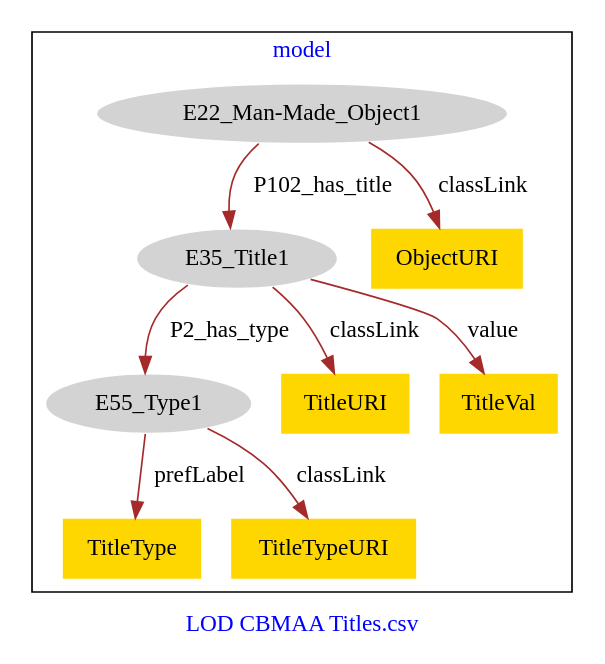
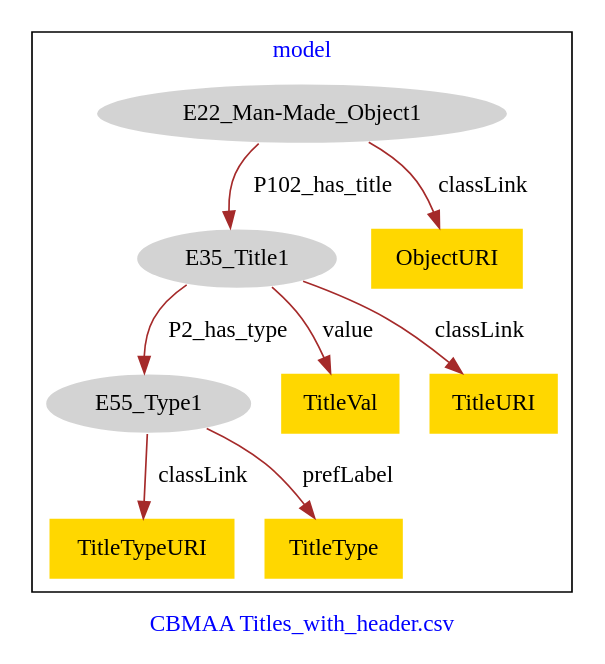
Before and after one commit to american-art/cbm: the diagram in CBMAA_OtherTitles/CBMAA_OtherTitles-model.dot, drawn with Graphviz.

Commit message:
Update file CBMAA_OtherTitles-model.dot

```diff
--- a/CBMAA_OtherTitles/CBMAA_OtherTitles-model.dot
+++ b/CBMAA_OtherTitles/CBMAA_OtherTitles-model.dot
@@ -1,23 +1,23 @@
 digraph n0 {
 fontcolor="blue"
 remincross="true"
-label="LOD CBMAA Titles.csv"
+label="CBMAA Titles_with_header.csv"
 subgraph cluster {
 label="model"
 n2[style="filled",color="white",fillcolor="lightgray",label="E22_Man-Made_Object1"];
 n3[style="filled",color="white",fillcolor="lightgray",label="E35_Title1"];
 n4[style="filled",color="white",fillcolor="lightgray",label="E55_Type1"];
-n5[shape="plaintext",style="filled",fillcolor="gold",label="TitleType"];
-n6[shape="plaintext",style="filled",fillcolor="gold",label="TitleTypeURI"];
-n7[shape="plaintext",style="filled",fillcolor="gold",label="ObjectURI"];
-n8[shape="plaintext",style="filled",fillcolor="gold",label="TitleURI"];
-n9[shape="plaintext",style="filled",fillcolor="gold",label="TitleVal"];
+n5[shape="plaintext",style="filled",fillcolor="gold",label="TitleTypeURI"];
+n6[shape="plaintext",style="filled",fillcolor="gold",label="TitleVal"];
+n7[shape="plaintext",style="filled",fillcolor="gold",label="TitleURI"];
+n8[shape="plaintext",style="filled",fillcolor="gold",label="ObjectURI"];
+n9[shape="plaintext",style="filled",fillcolor="gold",label="TitleType"];
 }
 n2 -> n3[color="brown",fontcolor="black",label="P102_has_title"]
 n3 -> n4[color="brown",fontcolor="black",label="P2_has_type"]
-n4 -> n5[color="brown",fontcolor="black",label="prefLabel"]
-n4 -> n6[color="brown",fontcolor="black",label="classLink"]
-n2 -> n7[color="brown",fontcolor="black",label="classLink"]
-n3 -> n8[color="brown",fontcolor="black",label="classLink"]
-n3 -> n9[color="brown",fontcolor="black",label="value"]
+n4 -> n5[color="brown",fontcolor="black",label="classLink"]
+n3 -> n6[color="brown",fontcolor="black",label="value"]
+n3 -> n7[color="brown",fontcolor="black",label="classLink"]
+n2 -> n8[color="brown",fontcolor="black",label="classLink"]
+n4 -> n9[color="brown",fontcolor="black",label="prefLabel"]
 }
```
